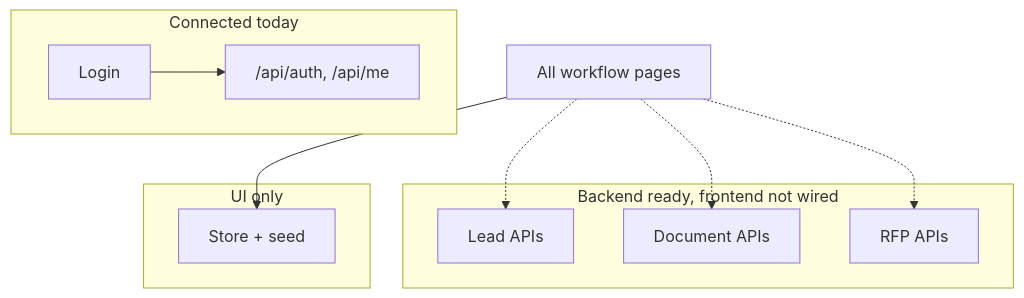
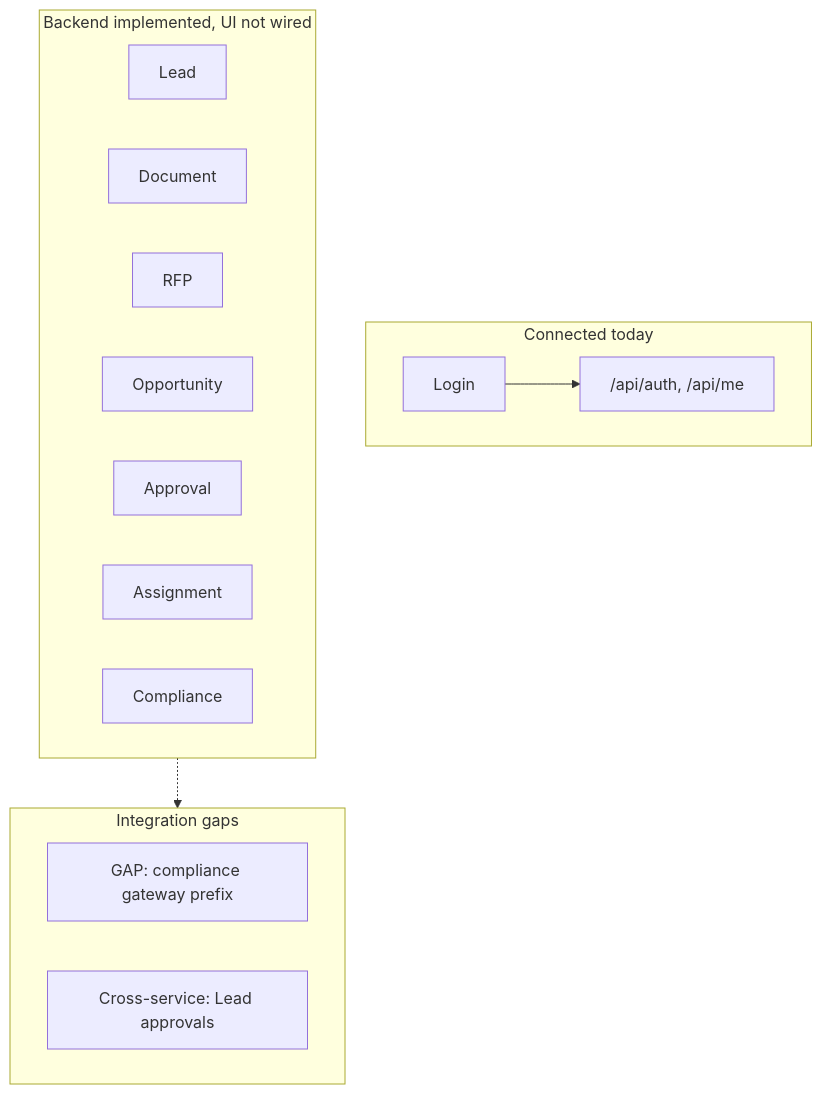
The second of 2 diagrams in docs/system-design/05-api-inventory-mapping.md (saurabhnpst/NPST_DEAL_PULSE), drawn with Mermaid before and after one commit. The commit also changed other lines of this file and 75 other files, not shown here.

````diff
--- a/docs/system-design/05-api-inventory-mapping.md
+++ b/docs/system-design/05-api-inventory-mapping.md
@@ -72,18 +124,20 @@
 ```mermaid
 flowchart TB
-  subgraph connected [Connected today]
+  subgraph today [Connected today]
     Login --> AuthAPI["/api/auth, /api/me"]
   end
-  subgraph ready_not_wired [Backend ready, frontend not wired]
-    LS[Lead APIs]
-    DS[Document APIs]
-    RS[RFP APIs]
+  subgraph ready [Backend implemented, UI not wired]
+    L[Lead]
+    D[Document]
+    R[RFP]
+    O[Opportunity]
+    A[Approval]
+    ASG[Assignment]
+    C[Compliance]
   end
-  subgraph ui_only [UI only]
-    Store[Store + seed]
+  subgraph gap [Integration gaps]
+    GW[GAP: compliance gateway prefix]
+    X[Cross-service: Lead approvals]
   end
-  UI[All workflow pages] --> Store
-  UI -.-> LS
-  UI -.-> DS
-  UI -.-> RS
+  ready -.-> gap
 ```
````
